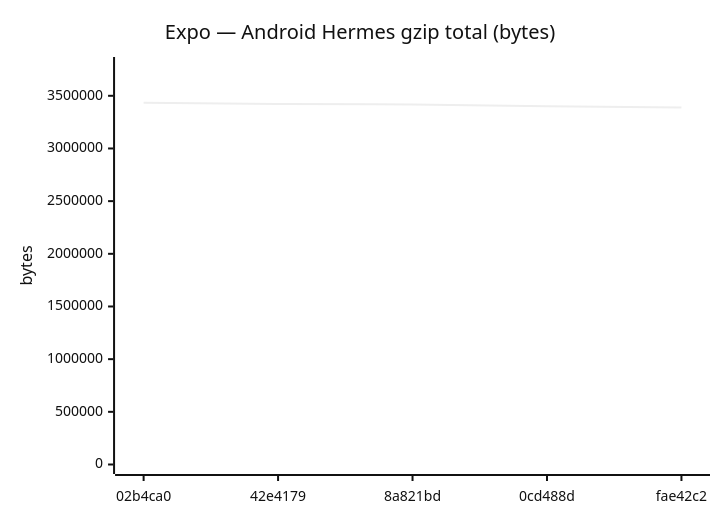
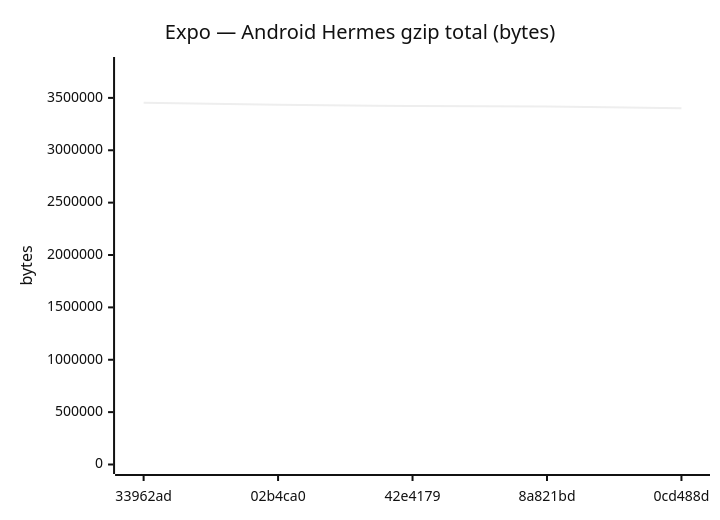
Before and after one commit to Metaheurist/Rianell: diagram 11 of 18 in benchmarks/compare.md, drawn with Mermaid (neutral theme). The commit also changed other lines of this file and 11 other files, not shown here.

````diff
--- a/benchmarks/compare.md
+++ b/benchmarks/compare.md
@@ -172,7 +172,7 @@
 ```mermaid
 xychart-beta
     title "Expo — Android Hermes gzip total (bytes)"
-    x-axis ["02b4ca0", "42e4179", "8a821bd", "0cd488d", "fae42c2"]
-    y-axis "bytes" 0 --> 3778099
-    line [3434635, 3421569, 3417622, 3400545, 3388765]
+    x-axis ["33962ad", "02b4ca0", "42e4179", "8a821bd", "0cd488d"]
+    y-axis "bytes" 0 --> 3799693
+    line [3454266, 3434635, 3421569, 3417622, 3400545]
 ```
````
